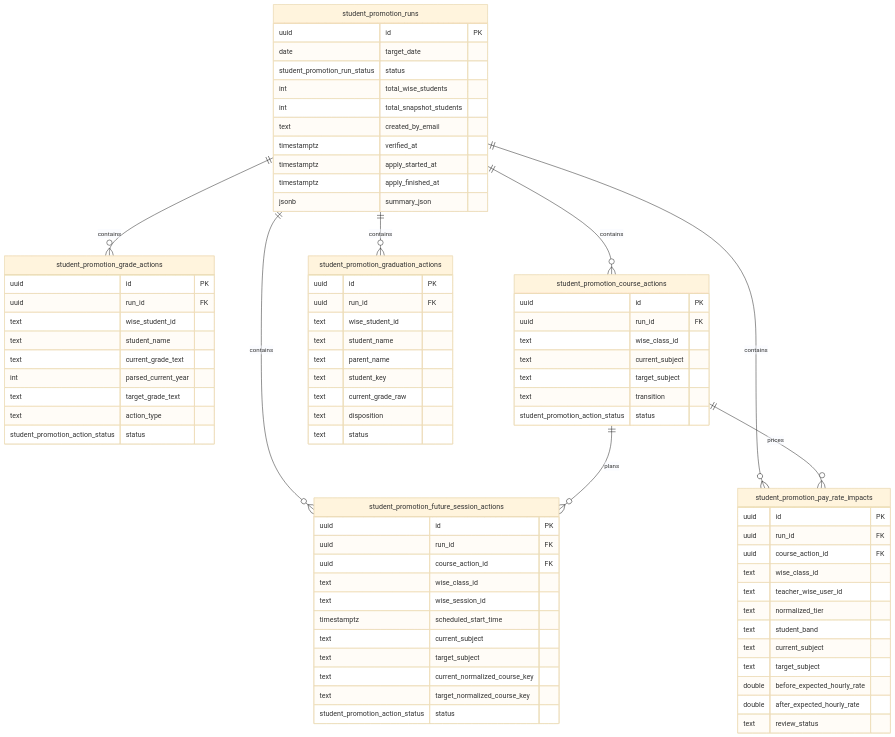
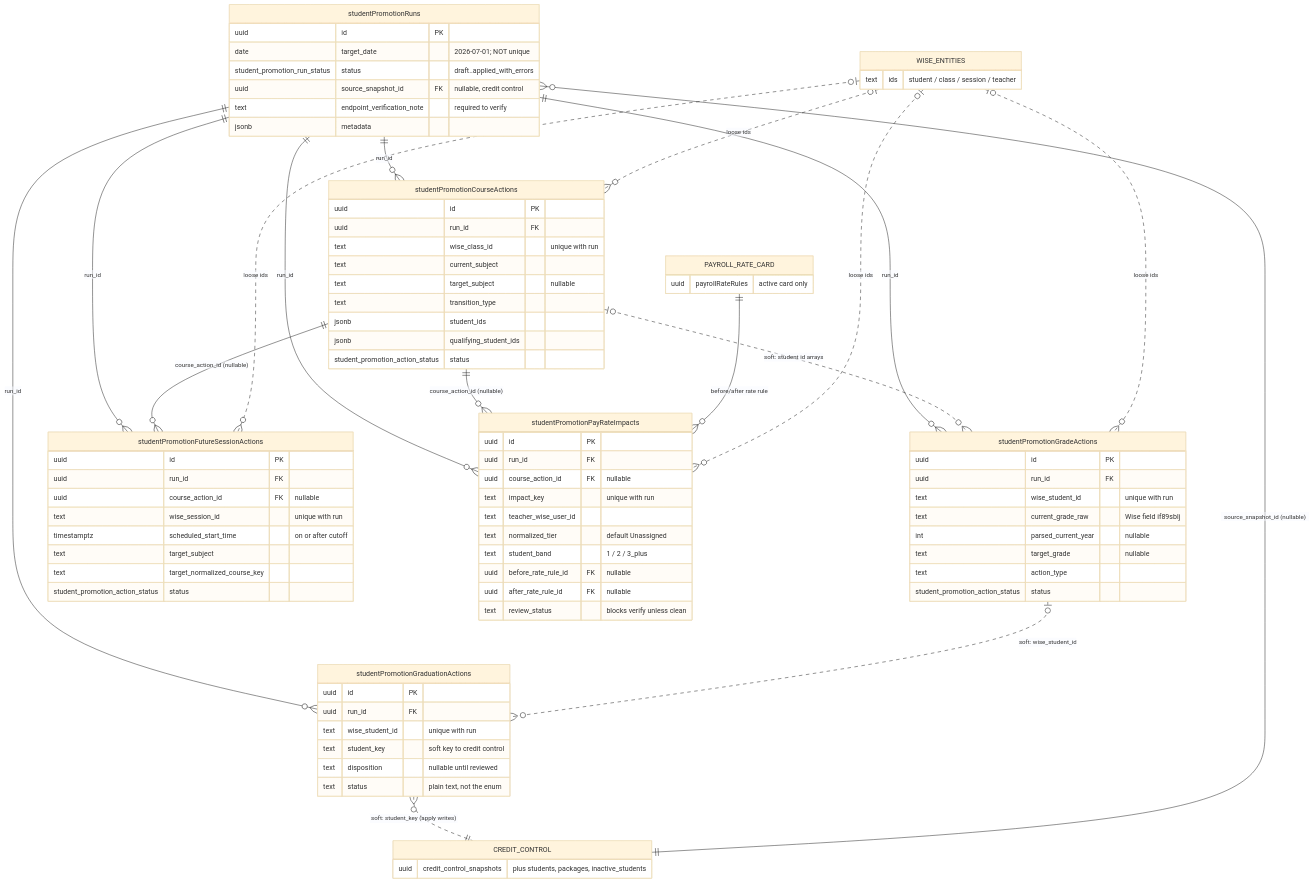
Before and after one commit to kasheesh711/bgscheduler: the diagram in docs/reference/database/erd-student-promotions.md, drawn with Mermaid (base theme). The commit also changed other lines of this file and 95 other files, not shown here.

````diff
--- a/docs/reference/database/erd-student-promotions.md
+++ b/docs/reference/database/erd-student-promotions.md
@@ -7,86 +50,88 @@
 ```mermaid
 erDiagram
-  student_promotion_runs ||--o{ student_promotion_grade_actions : contains
-  student_promotion_runs ||--o{ student_promotion_course_actions : contains
-  student_promotion_runs ||--o{ student_promotion_future_session_actions : contains
-  student_promotion_runs ||--o{ student_promotion_graduation_actions : contains
-  student_promotion_runs ||--o{ student_promotion_pay_rate_impacts : contains
-  student_promotion_course_actions ||--o{ student_promotion_future_session_actions : plans
-  student_promotion_course_actions ||--o{ student_promotion_pay_rate_impacts : prices
+    studentPromotionRuns {
+        uuid id PK
+        date target_date "2026-07-01; NOT unique"
+        student_promotion_run_status status "draft..applied_with_errors"
+        uuid source_snapshot_id FK "nullable, credit control"
+        text endpoint_verification_note "required to verify"
+        jsonb metadata
+    }
+    studentPromotionGradeActions {
+        uuid id PK
+        uuid run_id FK
+        text wise_student_id "unique with run"
+        text current_grade_raw "Wise field if89sblj"
+        int parsed_current_year "nullable"
+        text target_grade "nullable"
+        text action_type
+        student_promotion_action_status status
+    }
+    studentPromotionCourseActions {
+        uuid id PK
+        uuid run_id FK
+        text wise_class_id "unique with run"
+        text current_subject
+        text target_subject "nullable"
+        text transition_type
+        jsonb student_ids
+        jsonb qualifying_student_ids
+        student_promotion_action_status status
+    }
+    studentPromotionFutureSessionActions {
+        uuid id PK
+        uuid run_id FK
+        uuid course_action_id FK "nullable"
+        text wise_session_id "unique with run"
+        timestamptz scheduled_start_time "on or after cutoff"
+        text target_subject
+        text target_normalized_course_key
+        student_promotion_action_status status
+    }
+    studentPromotionGraduationActions {
+        uuid id PK
+        uuid run_id FK
+        text wise_student_id "unique with run"
+        text student_key "soft key to credit control"
+        text disposition "nullable until reviewed"
+        text status "plain text, not the enum"
+    }
+    studentPromotionPayRateImpacts {
+        uuid id PK
+        uuid run_id FK
+        uuid course_action_id FK "nullable"
+        text impact_key "unique with run"
+        text teacher_wise_user_id
+        text normalized_tier "default Unassigned"
+        text student_band "1 / 2 / 3_plus"
+        uuid before_rate_rule_id FK "nullable"
+        uuid after_rate_rule_id FK "nullable"
+        text review_status "blocks verify unless clean"
+    }
+    CREDIT_CONTROL {
+        uuid credit_control_snapshots "plus students, packages, inactive_students"
+    }
+    PAYROLL_RATE_CARD {
+        uuid payrollRateRules "active card only"
+    }
+    WISE_ENTITIES {
+        text ids "student / class / session / teacher"
+    }
 
-  student_promotion_runs {
-    uuid id PK
-    date target_date
-    student_promotion_run_status status
-    int total_wise_students
-    int total_snapshot_students
-    text created_by_email
-    timestamptz verified_at
-    timestamptz apply_started_at
-    timestamptz apply_finished_at
-    jsonb summary_json
-  }
-
-  student_promotion_grade_actions {
-    uuid id PK
-    uuid run_id FK
-    text wise_student_id
-    text student_name
-    text current_grade_text
-    int parsed_current_year
-    text target_grade_text
-    text action_type
-    student_promotion_action_status status
-  }
-
-  student_promotion_course_actions {
-    uuid id PK
-    uuid run_id FK
-    text wise_class_id
-    text current_subject
-    text target_subject
-    text transition
-    student_promotion_action_status status
-  }
-
-  student_promotion_future_session_actions {
-    uuid id PK
-    uuid run_id FK
-    uuid course_action_id FK
-    text wise_class_id
-    text wise_session_id
-    timestamptz scheduled_start_time
-    text current_subject
-    text target_subject
-    text current_normalized_course_key
-    text target_normalized_course_key
-    student_promotion_action_status status
-  }
-
-  student_promotion_graduation_actions {
-    uuid id PK
-    uuid run_id FK
-    text wise_student_id
-    text student_name
-    text parent_name
-    text student_key
-    text current_grade_raw
-    text disposition
-    text status
-  }
-
-  student_promotion_pay_rate_impacts {
-    uuid id PK
-    uuid run_id FK
-    uuid course_action_id FK
-    text wise_class_id
-    text teacher_wise_user_id
-    text normalized_tier
-    text student_band
-    text current_subject
-    text target_subject
-    double before_expected_hourly_rate
-    double after_expected_hourly_rate
-    text review_status
-  }
+    studentPromotionRuns ||--o{ studentPromotionGradeActions : "run_id"
+    studentPromotionRuns ||--o{ studentPromotionCourseActions : "run_id"
+    studentPromotionRuns ||--o{ studentPromotionFutureSessionActions : "run_id"
+    studentPromotionRuns ||--o{ studentPromotionGraduationActions : "run_id"
+    studentPromotionRuns ||--o{ studentPromotionPayRateImpacts : "run_id"
+    studentPromotionCourseActions ||--o{ studentPromotionFutureSessionActions : "course_action_id (nullable)"
+    studentPromotionCourseActions ||--o{ studentPromotionPayRateImpacts : "course_action_id (nullable)"
+    CREDIT_CONTROL ||--o{ studentPromotionRuns : "source_snapshot_id (nullable)"
+    PAYROLL_RATE_CARD ||--o{ studentPromotionPayRateImpacts : "before/after rate rule"
+    studentPromotionGradeActions |o..o{ studentPromotionGraduationActions : "soft: wise_student_id"
+    studentPromotionCourseActions |o..o{ studentPromotionGradeActions : "soft: student id arrays"
+    studentPromotionGraduationActions }o..|| CREDIT_CONTROL : "soft: student_key (apply writes)"
+    WISE_ENTITIES |o..o{ studentPromotionGradeActions : "loose ids"
+    WISE_ENTITIES |o..o{ studentPromotionCourseActions : "loose ids"
+    WISE_ENTITIES |o..o{ studentPromotionFutureSessionActions : "loose ids"
+    WISE_ENTITIES |o..o{ studentPromotionPayRateImpacts : "loose ids"
 ```
````
